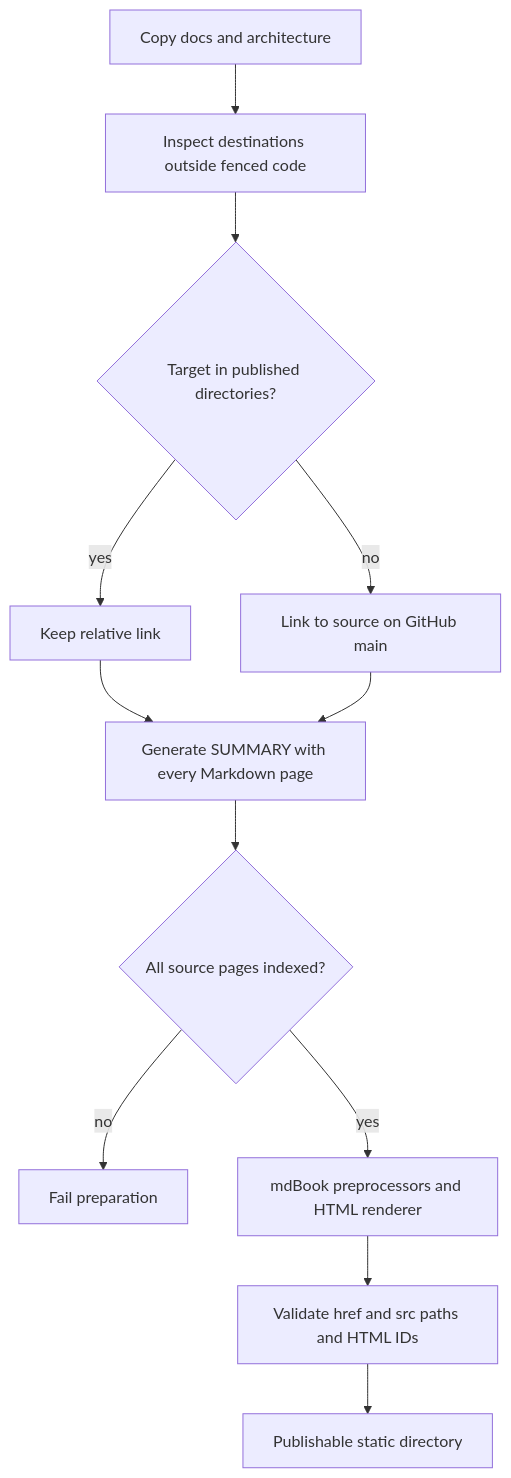
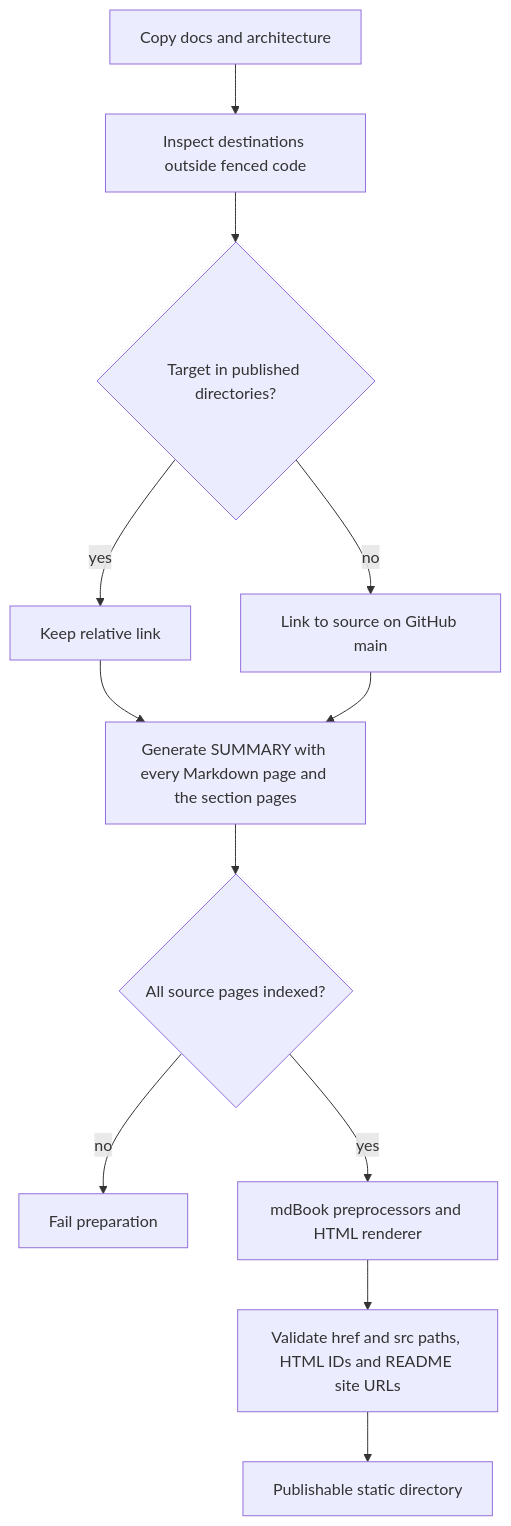
Before and after one commit to M-Compressors/mopenzl: the second of 4 diagrams in architecture/documentation.md, drawn with Mermaid. The commit also changed other lines of this file and 20 other files, not shown here.

````diff
--- a/architecture/documentation.md
+++ b/architecture/documentation.md
@@ -46,14 +49,14 @@
 ```mermaid
 flowchart TD
     Copy[Copy docs and architecture] --> Links[Inspect destinations outside fenced code]
     Links --> Local{Target in published directories?}
     Local -->|yes| Relative[Keep relative link]
     Local -->|no| GitHub[Link to source on GitHub main]
-    Relative --> Summary[Generate SUMMARY with every Markdown page]
+    Relative --> Summary[Generate SUMMARY with every Markdown page and the section pages]
     GitHub --> Summary
     Summary --> Complete{All source pages indexed?}
     Complete -->|no| Fail[Fail preparation]
     Complete -->|yes| Render[mdBook preprocessors and HTML renderer]
-    Render --> Validate[Validate href and src paths and HTML IDs]
+    Render --> Validate[Validate href and src paths, HTML IDs and README site URLs]
     Validate --> Artifact[Publishable static directory]
 ```
````
